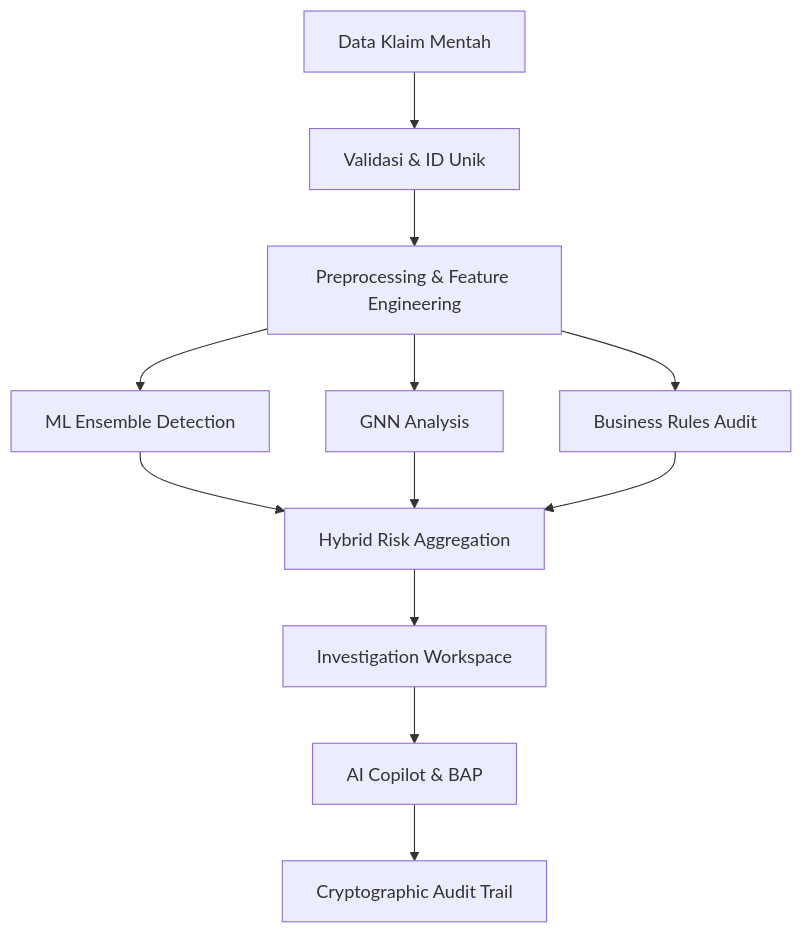
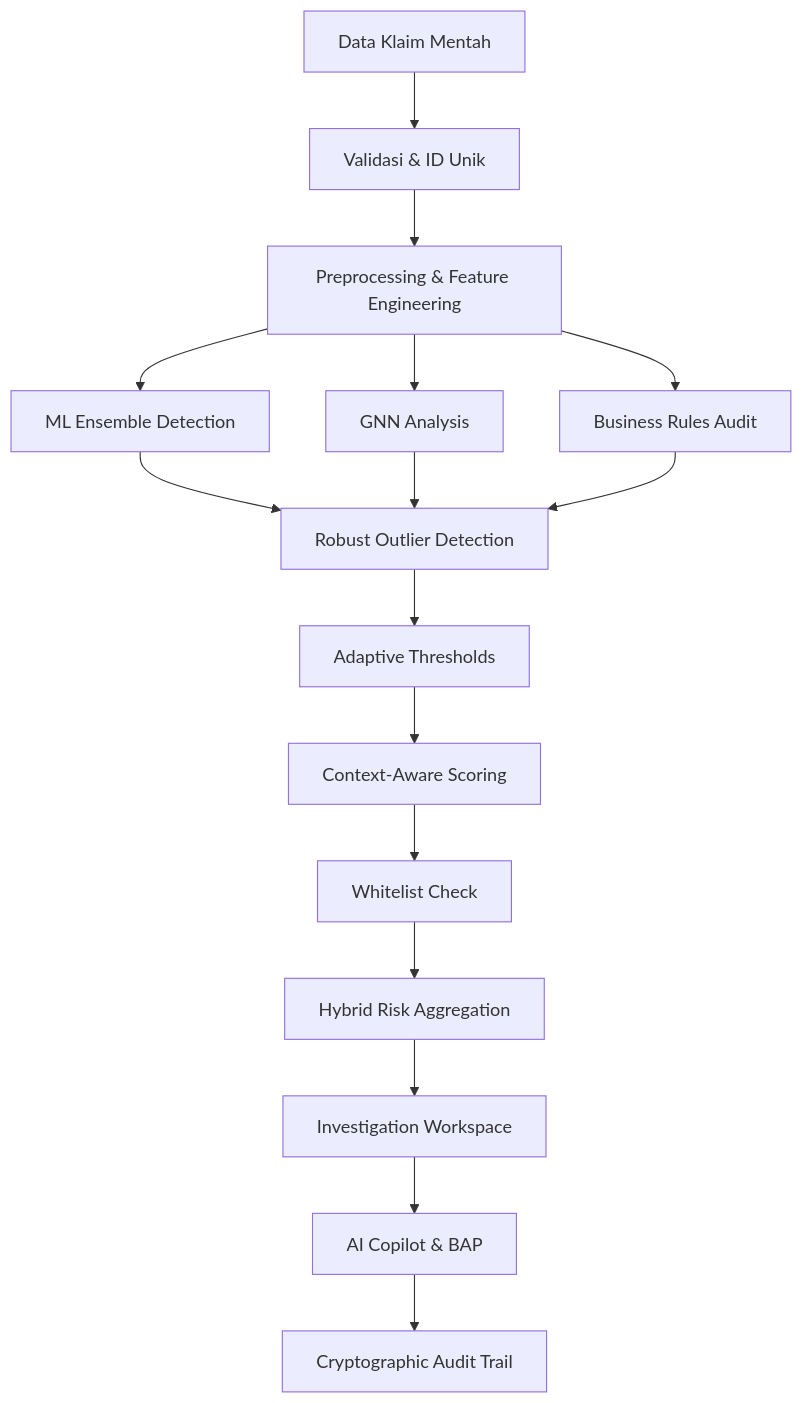
One commit to RadenAaKoesoemaWijaya/project-Graphnet changed the diagram in README.md. Above: the diagram before and after it, drawn with Mermaid. The commit also changed other lines of this file and 9 other files, not shown here.

````diff
--- a/README.md
+++ b/README.md
@@ -268,14 +280,18 @@
 ```mermaid
 flowchart TD
     A[Data Klaim Mentah] --> B[Validasi & ID Unik]
     B --> C[Preprocessing & Feature Engineering]
     C --> D[ML Ensemble Detection]
     C --> E[GNN Analysis]
     C --> F[Business Rules Audit]
-    D --> G[Hybrid Risk Aggregation]
+    D --> G[Robust Outlier Detection]
     E --> G
     F --> G
-    G --> H[Investigation Workspace]
-    H --> I[AI Copilot & BAP]
-    I --> J[Cryptographic Audit Trail]
+    G --> H[Adaptive Thresholds]
+    H --> I[Context-Aware Scoring]
+    I --> J[Whitelist Check]
+    J --> K[Hybrid Risk Aggregation]
+    K --> L[Investigation Workspace]
+    L --> M[AI Copilot & BAP]
+    M --> N[Cryptographic Audit Trail]
 ```
````
